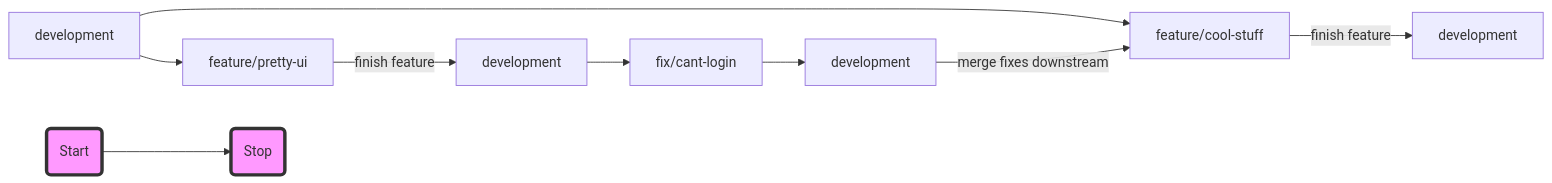
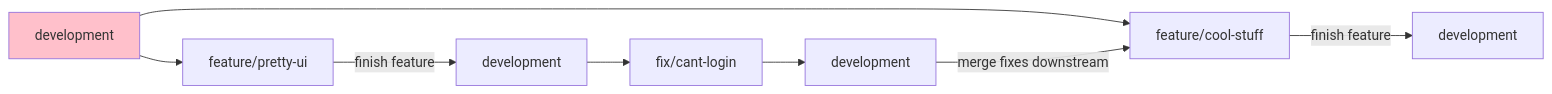
Before and after one commit to hasparus/software-engineering-class: the diagram in testy/plan_zarządzania_jakością_produktu.md, drawn with Mermaid. The commit also changed other lines of this file, not shown here.

Commit message:
Uploaded by https://stackedit.io/

````diff
--- a/testy/plan_zarządzania_jakością_produktu.md
+++ b/testy/plan_zarządzania_jakością_produktu.md
@@ -21,15 +21,12 @@
 ```mermaid
 graph LR;
 	d#1[development]-->feature/cool-stuff;
 	d#1[development]-->feature/pretty-ui;
 	feature/pretty-ui--finish feature-->d#2[development];
 	d#3[development]--merge fixes downstream-->feature/cool-stuff;
 	fix/cant-login-->d#3[development]
 	d#2[development]-->fix/cant-login;
 	feature/cool-stuff--finish feature-->d#4[development];
 	
-	id1(Start)-->id2(Stop)
-	style id1 fill:#f9f,stroke:#333,stroke-width:4px;
-	classDef className fill:#f9f,stroke:#333,stroke-width:4px;
-	class id2 className;
+	style d#1 fill: pink;
 ```
````
